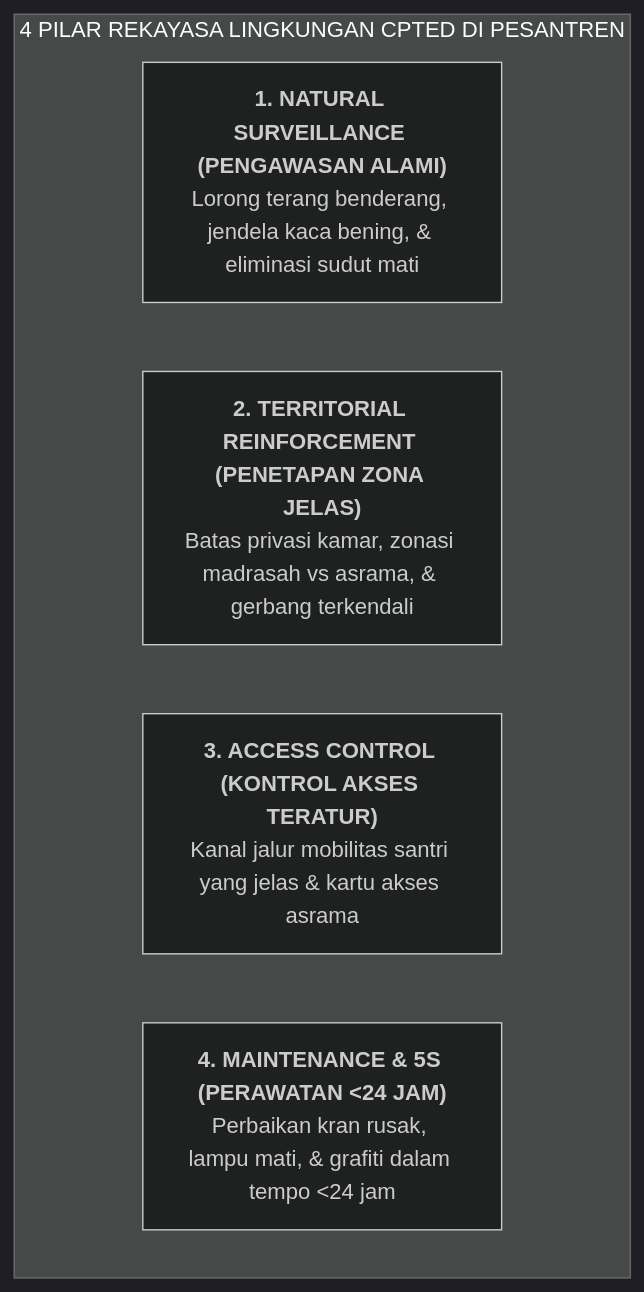
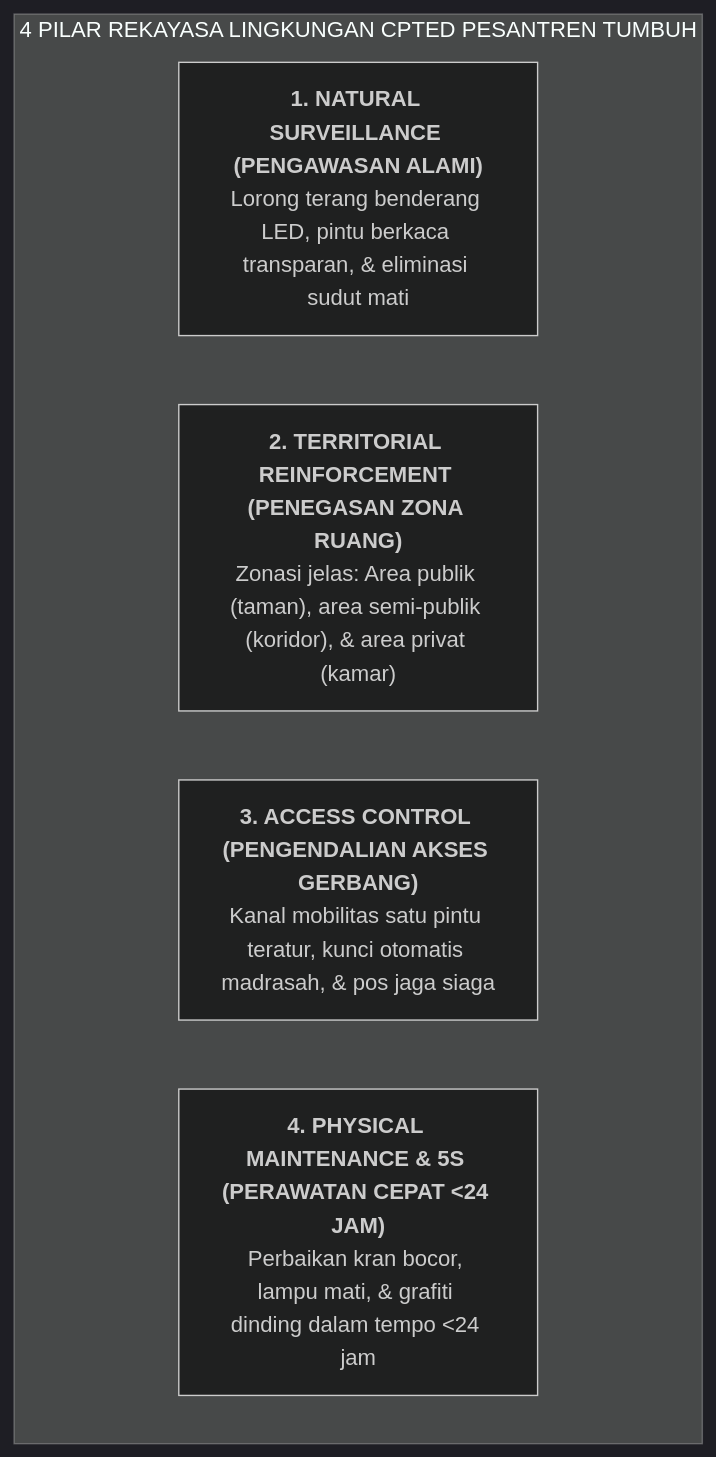
Before and after one commit to wandiapriliyandi/tumbuh: the diagram in BOOK Series 2/Volume-04-Intervensi-PBIS-dan-Disiplin-Restoratif/Bab-02-Intervensi-Tier-1-Universal/02-Rekayasa-Lingkungan-CPTED-Sarpras.md, drawn with Mermaid (dark theme). The commit also changed other lines of this file and 61 other files, not shown here.

````diff
--- a/BOOK Series 2/Volume-04-Intervensi-PBIS-dan-Disiplin-Restoratif/Bab-02-Intervensi-Tier-1-Universal/02-Rekayasa-Lingkungan-CPTED-Sarpras.md
+++ b/BOOK Series 2/Volume-04-Intervensi-PBIS-dan-Disiplin-Restoratif/Bab-02-Intervensi-Tier-1-Universal/02-Rekayasa-Lingkungan-CPTED-Sarpras.md
@@ -11,9 +19,12 @@
 ```mermaid
 flowchart TD
-    subgraph PilarCPTED["4 PILAR REKAYASA LINGKUNGAN CPTED DI PESANTREN"]
-        C1["<b>1. NATURAL SURVEILLANCE (PENGAWASAN ALAMI)</b><br/>Lorong terang benderang, jendela kaca bening, & eliminasi sudut mati"]
-        C2["<b>2. TERRITORIAL REINFORCEMENT (PENETAPAN ZONA JELAS)</b><br/>Batas privasi kamar, zonasi madrasah vs asrama, & gerbang terkendali"]
-        C3["<b>3. ACCESS CONTROL (KONTROL AKSES TERATUR)</b><br/>Kanal jalur mobilitas santri yang jelas & kartu akses asrama"]
-        C4["<b>4. MAINTENANCE & 5S (PERAWATAN <24 JAM)</b><br/>Perbaikan kran rusak, lampu mati, & grafiti dalam tempo <24 jam"]
+    subgraph EmpatPilarCPTED["4 PILAR REKAYASA LINGKUNGAN CPTED PESANTREN TUMBUH"]
+        C1["<b>1. NATURAL SURVEILLANCE (PENGAWASAN ALAMI)</b><br/>Lorong terang benderang LED, pintu berkaca transparan, & eliminasi sudut mati"]
+        
+        C2["<b>2. TERRITORIAL REINFORCEMENT (PENEGASAN ZONA RUANG)</b><br/>Zonasi jelas: Area publik (taman), area semi-publik (koridor), & area privat (kamar)"]
+        
+        C3["<b>3. ACCESS CONTROL (PENGENDALIAN AKSES GERBANG)</b><br/>Kanal mobilitas satu pintu teratur, kunci otomatis madrasah, & pos jaga siaga"]
+        
+        C4["<b>4. PHYSICAL MAINTENANCE & 5S (PERAWATAN CEPAT <24 JAM)</b><br/>Perbaikan kran bocor, lampu mati, & grafiti dinding dalam tempo <24 jam"]
     end
 ```
````
